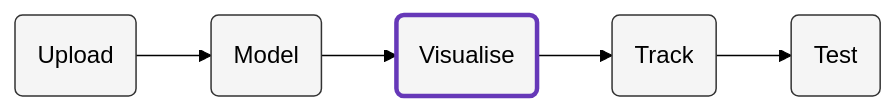
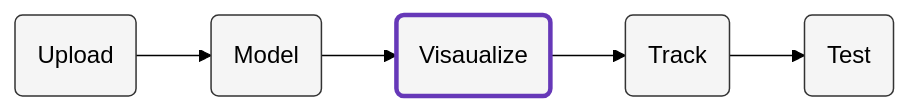
The diagram in content/visualisation/_index.md (snowplow/mobile-hybrid-apps-accelerator), drawn with Mermaid (forest theme) before and after one commit. The commit also changed other lines of this file and 9 other files, not shown here.

```diff
--- a/content/visualisation/_index.md
+++ b/content/visualisation/_index.md
@@ -13,9 +13,9 @@
 {{<mermaid>}}
 flowchart LR
-    id1(Upload)-->id2(Model)-->id3(Visualise)-->id4(Track)-->id6(Test)
+    id1(Upload)-->id2(Model)-->id3(Visaualize)-->id4(Track)-->id6(Test)
     style id3 fill:#f5f5f5,stroke:#6638B8,stroke-width:3px
     style id1 fill:#f5f5f5,stroke:#333,stroke-width:1px
     style id4 fill:#f5f5f5,stroke:#333,stroke-width:1px
     style id2 fill:#f5f5f5,stroke:#333,stroke-width:1px
     style id6 fill:#f5f5f5,stroke:#333,stroke-width:1px
 {{</mermaid >}}
```
